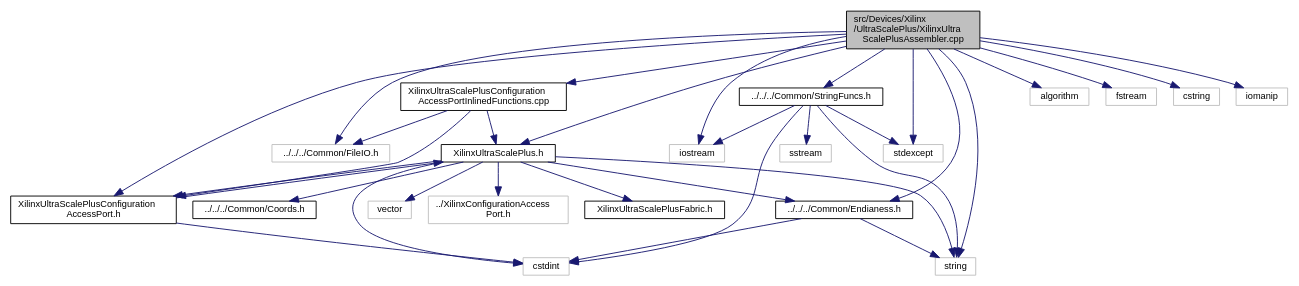
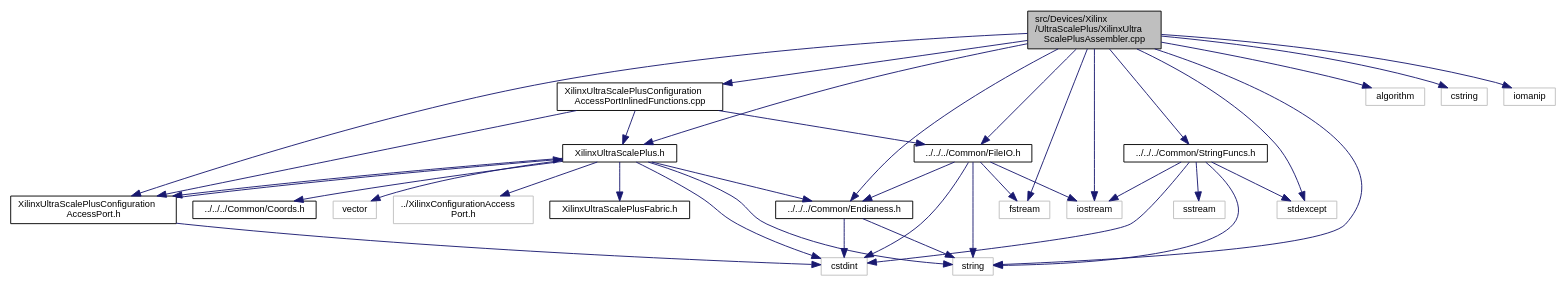
One commit to FPGA-Research-Manchester/byteman changed the diagram in XilinxUltraScalePlusAssembler_8cpp__incl.dot. Above: the diagram before and after it, drawn with Graphviz. The commit also changed 153 other files, not shown here.

```diff
--- a/XilinxUltraScalePlusAssembler_8cpp__incl.dot
+++ b/XilinxUltraScalePlusAssembler_8cpp__incl.dot
@@ -1,60 +1,65 @@
 digraph "src/Devices/Xilinx/UltraScalePlus/XilinxUltraScalePlusAssembler.cpp"
 {
  // INTERACTIVE_SVG=YES
  // LATEX_PDF_SIZE
   edge [fontname="Helvetica",fontsize="10",labelfontname="Helvetica",labelfontsize="10"];
   node [fontname="Helvetica",fontsize="10",shape=record];
   Node1 [label="src/Devices/Xilinx\l/UltraScalePlus/XilinxUltra\lScalePlusAssembler.cpp",height=0.2,width=0.4,color="black", fillcolor="grey75", style="filled", fontcolor="black",tooltip=" "];
   Node1 -> Node2 [color="midnightblue",fontsize="10",style="solid",fontname="Helvetica"];
   Node2 [label="XilinxUltraScalePlus.h",height=0.2,width=0.4,color="black", fillcolor="white", style="filled",URL="$XilinxUltraScalePlus_8h.html",tooltip=" "];
   Node2 -> Node3 [color="midnightblue",fontsize="10",style="solid",fontname="Helvetica"];
   Node3 [label="cstdint",height=0.2,width=0.4,color="grey75", fillcolor="white", style="filled",tooltip=" "];
   Node2 -> Node4 [color="midnightblue",fontsize="10",style="solid",fontname="Helvetica"];
   Node4 [label="vector",height=0.2,width=0.4,color="grey75", fillcolor="white", style="filled",tooltip=" "];
   Node2 -> Node5 [color="midnightblue",fontsize="10",style="solid",fontname="Helvetica"];
   Node5 [label="string",height=0.2,width=0.4,color="grey75", fillcolor="white", style="filled",tooltip=" "];
   Node2 -> Node6 [color="midnightblue",fontsize="10",style="solid",fontname="Helvetica"];
   Node6 [label="../XilinxConfigurationAccess\lPort.h",height=0.2,width=0.4,color="grey75", fillcolor="white", style="filled",tooltip=" "];
   Node2 -> Node7 [color="midnightblue",fontsize="10",style="solid",fontname="Helvetica"];
   Node7 [label="XilinxUltraScalePlusConfiguration\lAccessPort.h",height=0.2,width=0.4,color="black", fillcolor="white", style="filled",URL="$XilinxUltraScalePlusConfigurationAccessPort_8h.html",tooltip=" "];
   Node7 -> Node3 [color="midnightblue",fontsize="10",style="solid",fontname="Helvetica"];
   Node7 -> Node2 [color="midnightblue",fontsize="10",style="solid",fontname="Helvetica"];
   Node2 -> Node8 [color="midnightblue",fontsize="10",style="solid",fontname="Helvetica"];
   Node8 [label="XilinxUltraScalePlusFabric.h",height=0.2,width=0.4,color="black", fillcolor="white", style="filled",URL="$XilinxUltraScalePlusFabric_8h.html",tooltip=" "];
   Node2 -> Node9 [color="midnightblue",fontsize="10",style="solid",fontname="Helvetica"];
   Node9 [label="../../../Common/Endianess.h",height=0.2,width=0.4,color="black", fillcolor="white", style="filled",URL="$Endianess_8h.html",tooltip=" "];
   Node9 -> Node3 [color="midnightblue",fontsize="10",style="solid",fontname="Helvetica"];
   Node9 -> Node5 [color="midnightblue",fontsize="10",style="solid",fontname="Helvetica"];
   Node2 -> Node10 [color="midnightblue",fontsize="10",style="solid",fontname="Helvetica"];
   Node10 [label="../../../Common/Coords.h",height=0.2,width=0.4,color="black", fillcolor="white", style="filled",URL="$Coords_8h.html",tooltip=" "];
   Node1 -> Node7 [color="midnightblue",fontsize="10",style="solid",fontname="Helvetica"];
   Node1 -> Node11 [color="midnightblue",fontsize="10",style="solid",fontname="Helvetica"];
   Node11 [label="XilinxUltraScalePlusConfiguration\lAccessPortInlinedFunctions.cpp",height=0.2,width=0.4,color="black", fillcolor="white", style="filled",URL="$XilinxUltraScalePlusConfigurationAccessPortInlinedFunctions_8cpp.html",tooltip=" "];
   Node11 -> Node2 [color="midnightblue",fontsize="10",style="solid",fontname="Helvetica"];
   Node11 -> Node7 [color="midnightblue",fontsize="10",style="solid",fontname="Helvetica"];
   Node11 -> Node12 [color="midnightblue",fontsize="10",style="solid",fontname="Helvetica"];
-  Node12 [label="../../../Common/FileIO.h",height=0.2,width=0.4,color="grey75", fillcolor="white", style="filled",tooltip=" "];
+  Node12 [label="../../../Common/FileIO.h",height=0.2,width=0.4,color="black", fillcolor="white", style="filled",URL="$FileIO_8h.html",tooltip=" "];
+  Node12 -> Node13 [color="midnightblue",fontsize="10",style="solid",fontname="Helvetica"];
+  Node13 [label="iostream",height=0.2,width=0.4,color="grey75", fillcolor="white", style="filled",tooltip=" "];
+  Node12 -> Node3 [color="midnightblue",fontsize="10",style="solid",fontname="Helvetica"];
+  Node12 -> Node14 [color="midnightblue",fontsize="10",style="solid",fontname="Helvetica"];
+  Node14 [label="fstream",height=0.2,width=0.4,color="grey75", fillcolor="white", style="filled",tooltip=" "];
+  Node12 -> Node5 [color="midnightblue",fontsize="10",style="solid",fontname="Helvetica"];
+  Node12 -> Node9 [color="midnightblue",fontsize="10",style="solid",fontname="Helvetica"];
   Node1 -> Node12 [color="midnightblue",fontsize="10",style="solid",fontname="Helvetica"];
+  Node1 -> Node15 [color="midnightblue",fontsize="10",style="solid",fontname="Helvetica"];
+  Node15 [label="../../../Common/StringFuncs.h",height=0.2,width=0.4,color="black", fillcolor="white", style="filled",URL="$StringFuncs_8h.html",tooltip=" "];
+  Node15 -> Node13 [color="midnightblue",fontsize="10",style="solid",fontname="Helvetica"];
+  Node15 -> Node3 [color="midnightblue",fontsize="10",style="solid",fontname="Helvetica"];
+  Node15 -> Node5 [color="midnightblue",fontsize="10",style="solid",fontname="Helvetica"];
+  Node15 -> Node16 [color="midnightblue",fontsize="10",style="solid",fontname="Helvetica"];
+  Node16 [label="sstream",height=0.2,width=0.4,color="grey75", fillcolor="white", style="filled",tooltip=" "];
+  Node15 -> Node17 [color="midnightblue",fontsize="10",style="solid",fontname="Helvetica"];
+  Node17 [label="stdexcept",height=0.2,width=0.4,color="grey75", fillcolor="white", style="filled",tooltip=" "];
+  Node1 -> Node9 [color="midnightblue",fontsize="10",style="solid",fontname="Helvetica"];
   Node1 -> Node13 [color="midnightblue",fontsize="10",style="solid",fontname="Helvetica"];
-  Node13 [label="../../../Common/StringFuncs.h",height=0.2,width=0.4,color="black", fillcolor="white", style="filled",URL="$StringFuncs_8h.html",tooltip=" "];
-  Node13 -> Node14 [color="midnightblue",fontsize="10",style="solid",fontname="Helvetica"];
-  Node14 [label="iostream",height=0.2,width=0.4,color="grey75", fillcolor="white", style="filled",tooltip=" "];
-  Node13 -> Node3 [color="midnightblue",fontsize="10",style="solid",fontname="Helvetica"];
-  Node13 -> Node5 [color="midnightblue",fontsize="10",style="solid",fontname="Helvetica"];
-  Node13 -> Node15 [color="midnightblue",fontsize="10",style="solid",fontname="Helvetica"];
-  Node15 [label="sstream",height=0.2,width=0.4,color="grey75", fillcolor="white", style="filled",tooltip=" "];
-  Node13 -> Node16 [color="midnightblue",fontsize="10",style="solid",fontname="Helvetica"];
-  Node16 [label="stdexcept",height=0.2,width=0.4,color="grey75", fillcolor="white", style="filled",tooltip=" "];
-  Node1 -> Node9 [color="midnightblue",fontsize="10",style="solid",fontname="Helvetica"];
+  Node1 -> Node18 [color="midnightblue",fontsize="10",style="solid",fontname="Helvetica"];
+  Node18 [label="algorithm",height=0.2,width=0.4,color="grey75", fillcolor="white", style="filled",tooltip=" "];
+  Node1 -> Node5 [color="midnightblue",fontsize="10",style="solid",fontname="Helvetica"];
+  Node1 -> Node17 [color="midnightblue",fontsize="10",style="solid",fontname="Helvetica"];
   Node1 -> Node14 [color="midnightblue",fontsize="10",style="solid",fontname="Helvetica"];
-  Node1 -> Node17 [color="midnightblue",fontsize="10",style="solid",fontname="Helvetica"];
-  Node17 [label="algorithm",height=0.2,width=0.4,color="grey75", fillcolor="white", style="filled",tooltip=" "];
-  Node1 -> Node5 [color="midnightblue",fontsize="10",style="solid",fontname="Helvetica"];
-  Node1 -> Node16 [color="midnightblue",fontsize="10",style="solid",fontname="Helvetica"];
-  Node1 -> Node18 [color="midnightblue",fontsize="10",style="solid",fontname="Helvetica"];
-  Node18 [label="fstream",height=0.2,width=0.4,color="grey75", fillcolor="white", style="filled",tooltip=" "];
   Node1 -> Node19 [color="midnightblue",fontsize="10",style="solid",fontname="Helvetica"];
   Node19 [label="cstring",height=0.2,width=0.4,color="grey75", fillcolor="white", style="filled",tooltip=" "];
   Node1 -> Node20 [color="midnightblue",fontsize="10",style="solid",fontname="Helvetica"];
   Node20 [label="iomanip",height=0.2,width=0.4,color="grey75", fillcolor="white", style="filled",tooltip=" "];
 }
```
